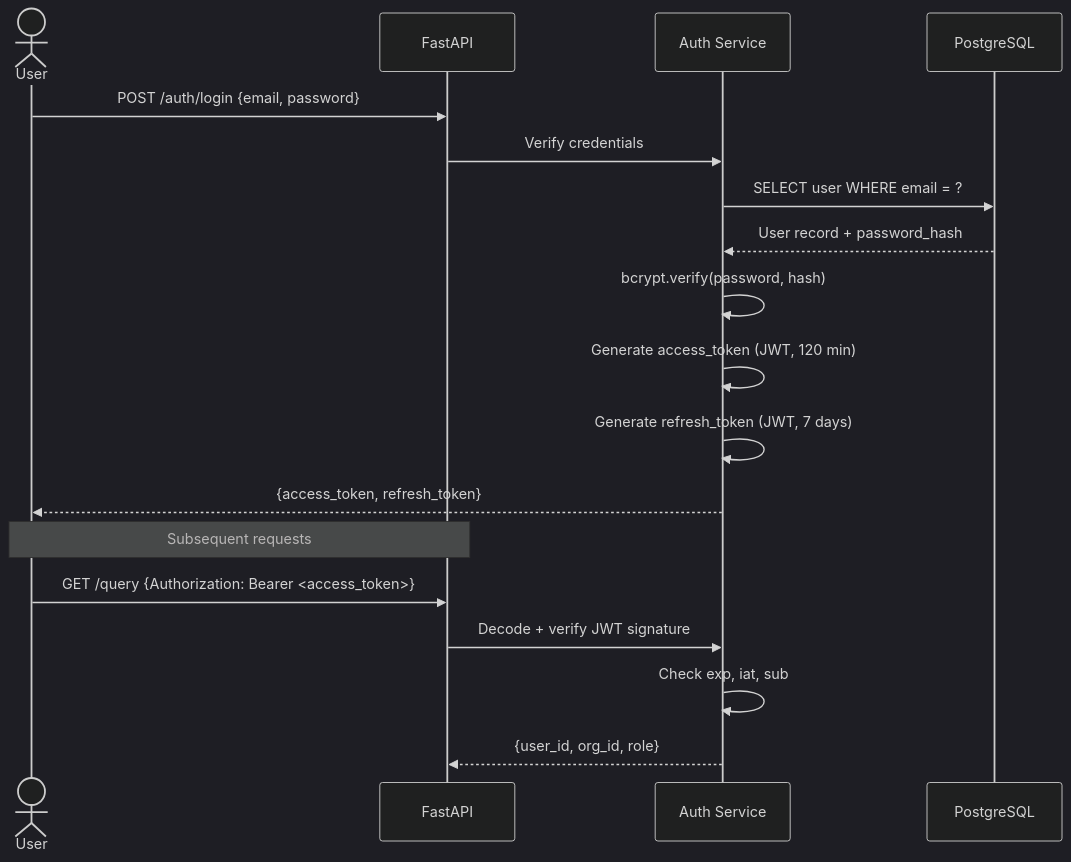
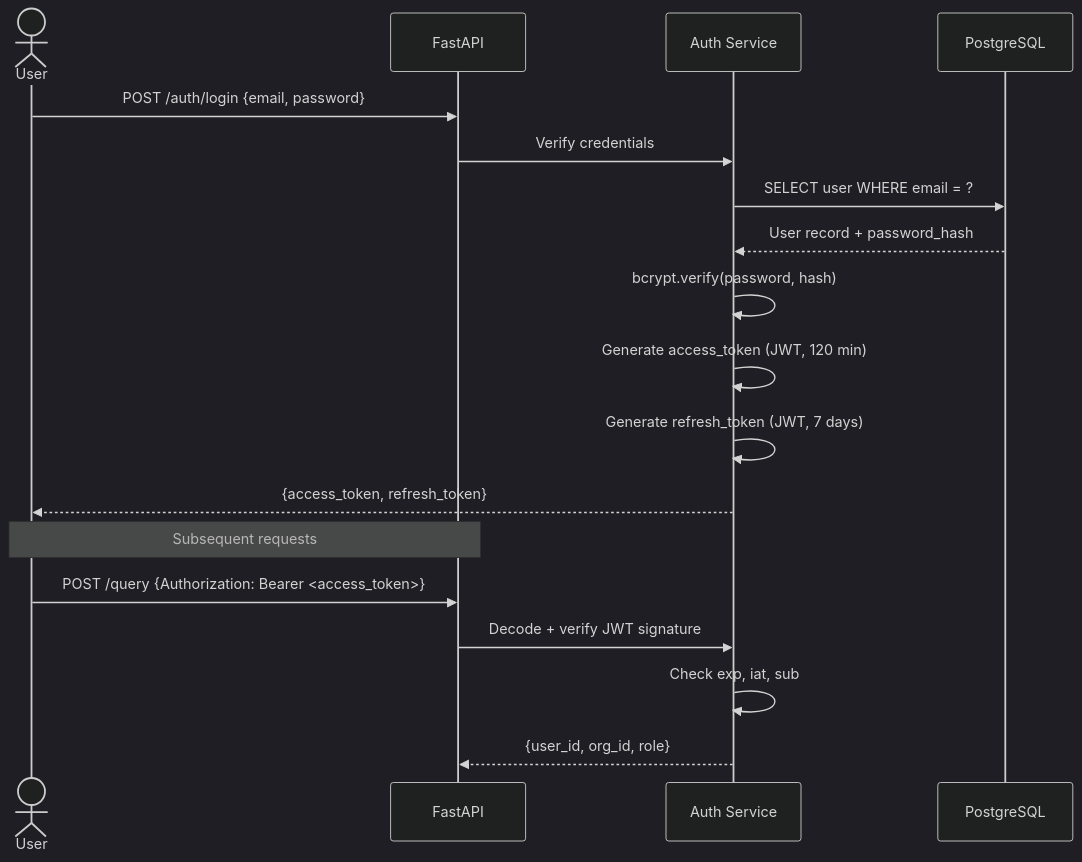
Before and after one commit to Hassan092-prog/KNEXUS: the first of 2 diagrams in docs/SECURITY_MODEL.md, drawn with Mermaid (dark theme). The commit also changed other lines of this file and 14 other files, not shown here.

Commit message:
docs: add comprehensive system architecture, API specifications, and project planning guides

````diff
--- a/docs/SECURITY_MODEL.md
+++ b/docs/SECURITY_MODEL.md
@@ -22,22 +29,22 @@
 ```mermaid
 sequenceDiagram
     actor User
     participant API as FastAPI
     participant AUTH as Auth Service
     participant DB as PostgreSQL
 
     User->>API: POST /auth/login {email, password}
     API->>AUTH: Verify credentials
     AUTH->>DB: SELECT user WHERE email = ?
     DB-->>AUTH: User record + password_hash
     AUTH->>AUTH: bcrypt.verify(password, hash)
     AUTH->>AUTH: Generate access_token (JWT, 120 min)
     AUTH->>AUTH: Generate refresh_token (JWT, 7 days)
     AUTH-->>User: {access_token, refresh_token}
 
     Note over User,API: Subsequent requests
-    User->>API: GET /query {Authorization: Bearer <access_token>}
+    User->>API: POST /query {Authorization: Bearer <access_token>}
     API->>AUTH: Decode + verify JWT signature
     AUTH->>AUTH: Check exp, iat, sub
     AUTH-->>API: {user_id, org_id, role}
 ```
````
